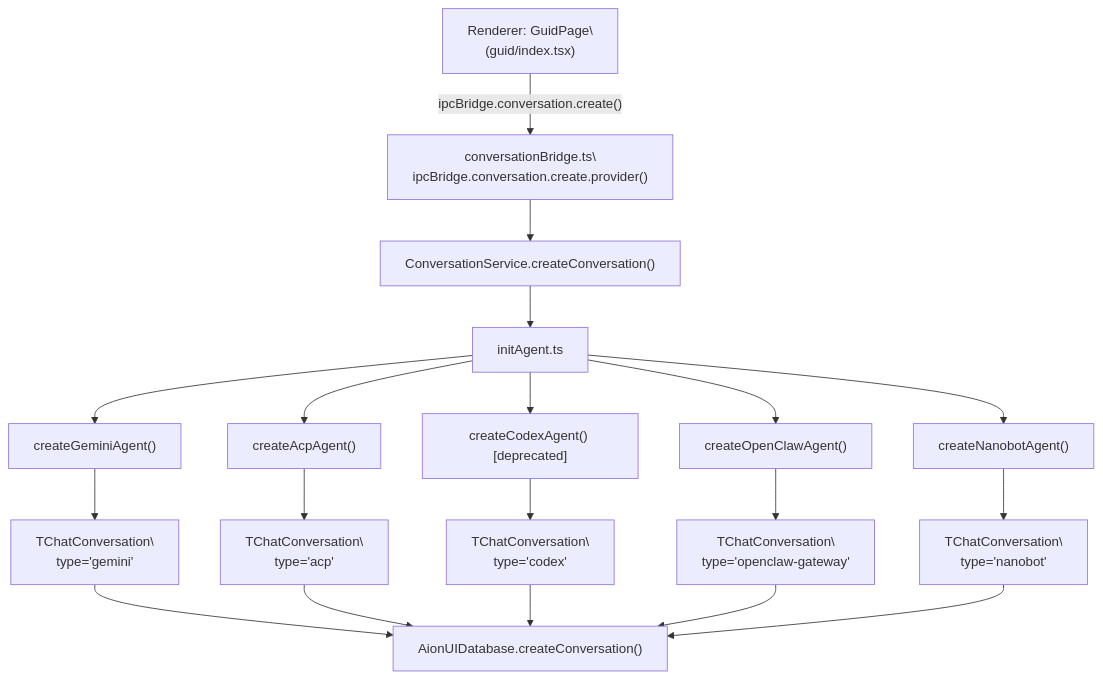
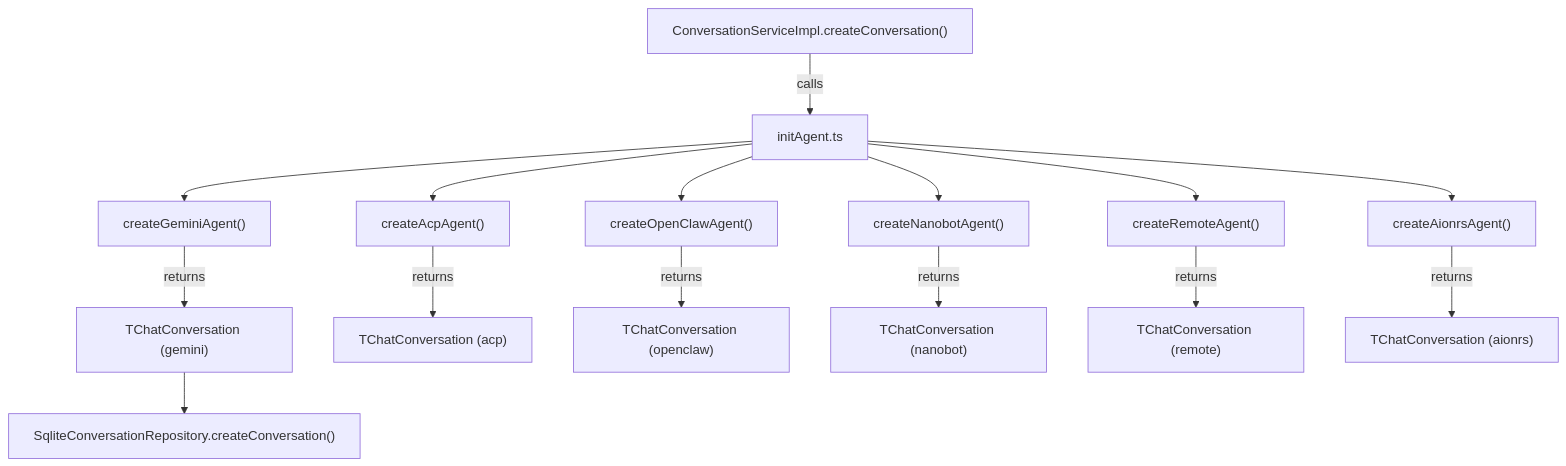
The third of 4 diagrams in docs/iOfficeAI_AionUi/data-flow-and-state-management/conversation-data-model.md (blackcater/zentree), drawn with Mermaid before and after one commit. The commit also changed other lines of this file and 232 other files, not shown here.

````diff
--- a/docs/iOfficeAI_AionUi/data-flow-and-state-management/conversation-data-model.md
+++ b/docs/iOfficeAI_AionUi/data-flow-and-state-management/conversation-data-model.md
@@ -212,31 +205,22 @@
 ```mermaid
 flowchart TD
-  UI["Renderer: GuidPage\
-(guid/index.tsx)"] -- "ipcBridge.conversation.create()" --> CBR["conversationBridge.ts\
-ipcBridge.conversation.create.provider()"]
-  CBR --> CS["ConversationService.createConversation()"]
-  CS --> IA["initAgent.ts"]
+  SVC["ConversationServiceImpl.createConversation()"]
+  IA["initAgent.ts"]
 
+  SVC -- "calls" --> IA
   IA --> FG["createGeminiAgent()"]
   IA --> FA["createAcpAgent()"]
-  IA --> FC["createCodexAgent() [deprecated]"]
   IA --> FO["createOpenClawAgent()"]
   IA --> FN["createNanobotAgent()"]
+  IA --> FR["createRemoteAgent()"]
+  IA --> FS["createAionrsAgent()"]
 
-  FG --> GC["TChatConversation\
-type='gemini'"]
-  FA --> AC["TChatConversation\
-type='acp'"]
-  FC --> CC["TChatConversation\
-type='codex'"]
-  FO --> OC["TChatConversation\
-type='openclaw-gateway'"]
-  FN --> NC["TChatConversation\
-type='nanobot'"]
+  FG -- "returns" --> TCG["TChatConversation (gemini)"]
+  FA -- "returns" --> TCA["TChatConversation (acp)"]
+  FO -- "returns" --> TCO["TChatConversation (openclaw)"]
+  FN -- "returns" --> TCN["TChatConversation (nanobot)"]
+  FR -- "returns" --> TCR["TChatConversation (remote)"]
+  FS -- "returns" --> TCS["TChatConversation (aionrs)"]
 
-  GC --> PERSIST["AionUIDatabase.createConversation()"]
-  AC --> PERSIST
-  CC --> PERSIST
-  OC --> PERSIST
-  NC --> PERSIST
+  TCG --> REPO["SqliteConversationRepository.createConversation()"]
 ```
````
